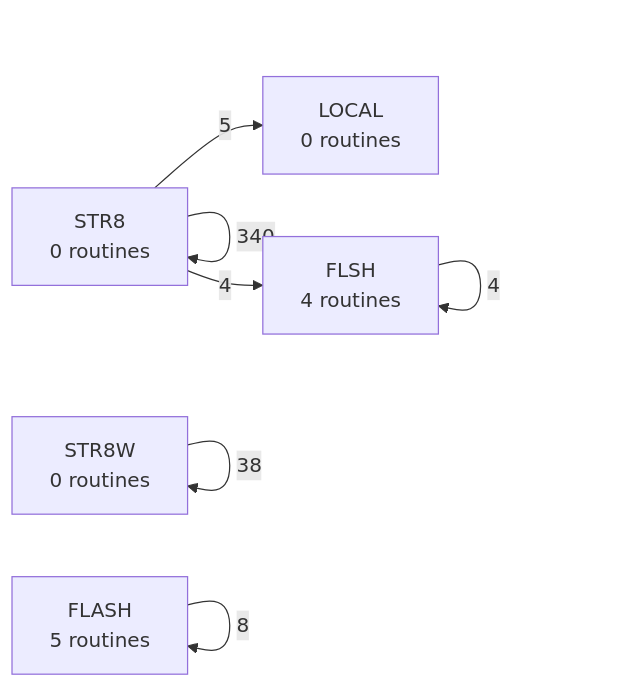
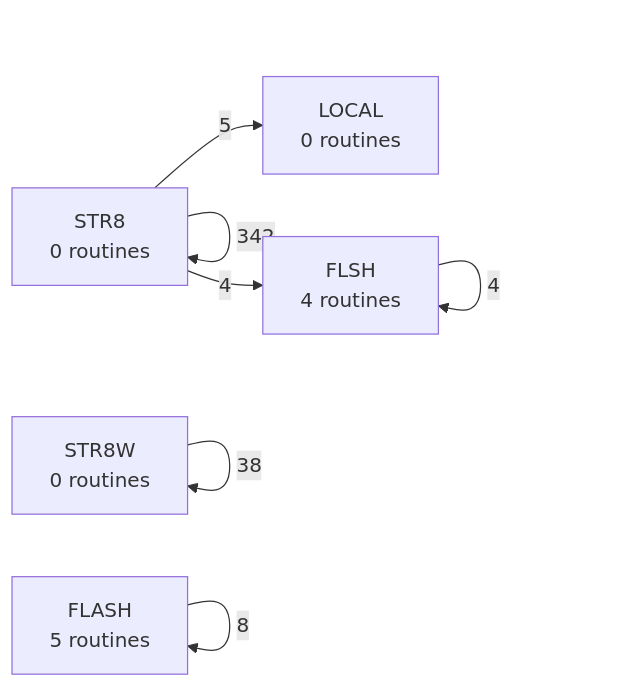
Before and after one commit to 95westus/R-YORS: the fifth of 6 diagrams in DOC/GENERATED/ROUTINE_PREFIX_MAP.md, drawn with Mermaid. The commit also changed other lines of this file and 65 other files, not shown here.

````diff
--- a/DOC/GENERATED/ROUTINE_PREFIX_MAP.md
+++ b/DOC/GENERATED/ROUTINE_PREFIX_MAP.md
@@ -79,9 +79,9 @@
 ```mermaid
 flowchart LR
-    P_STR8["STR8<br/>0 routines"] -->|340| P_STR8["STR8<br/>0 routines"]
+    P_STR8["STR8<br/>0 routines"] -->|342| P_STR8["STR8<br/>0 routines"]
     P_STR8W["STR8W<br/>0 routines"] -->|38| P_STR8W["STR8W<br/>0 routines"]
     P_FLASH["FLASH<br/>5 routines"] -->|8| P_FLASH["FLASH<br/>5 routines"]
     P_STR8["STR8<br/>0 routines"] -->|5| P_LOCAL["LOCAL<br/>0 routines"]
     P_FLSH["FLSH<br/>4 routines"] -->|4| P_FLSH["FLSH<br/>4 routines"]
     P_STR8["STR8<br/>0 routines"] -->|4| P_FLSH["FLSH<br/>4 routines"]
 ```
````
